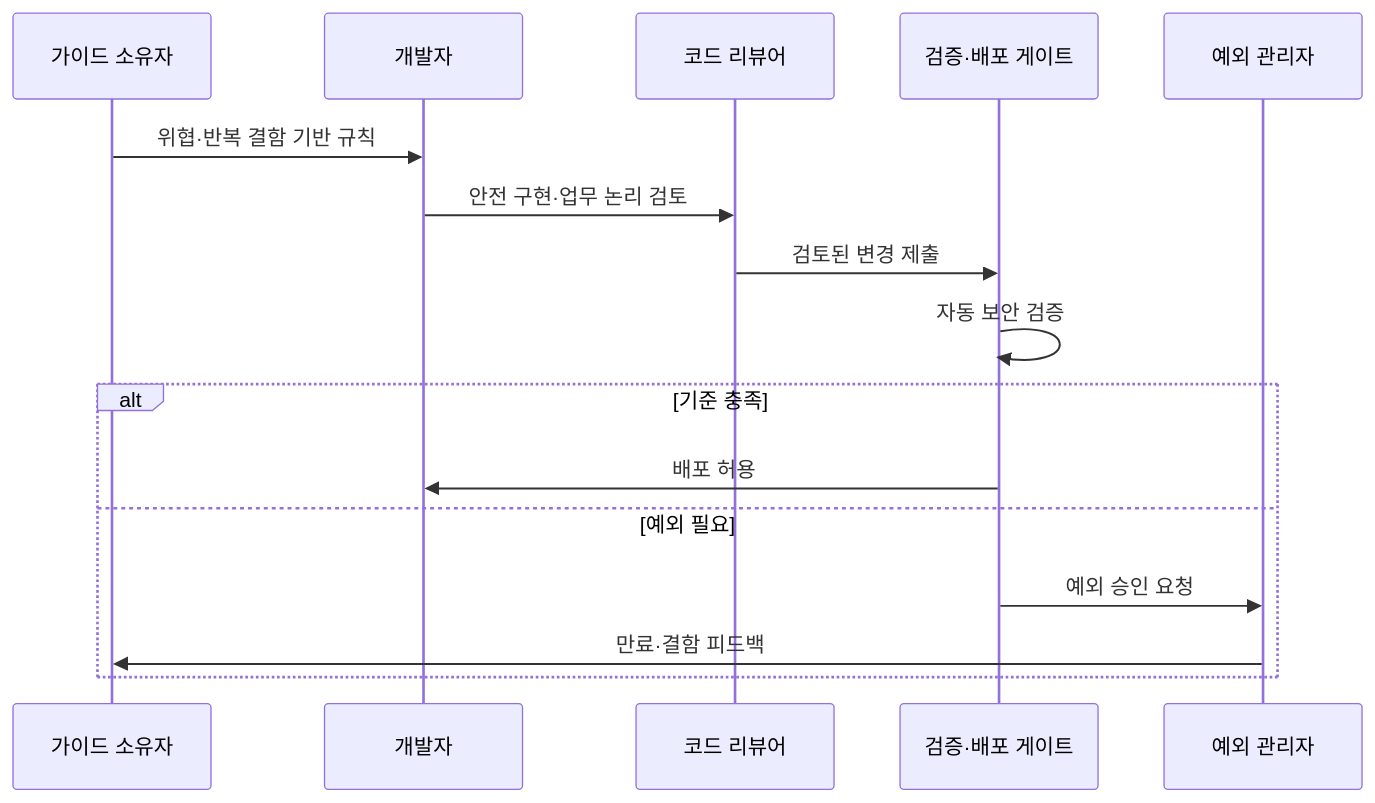
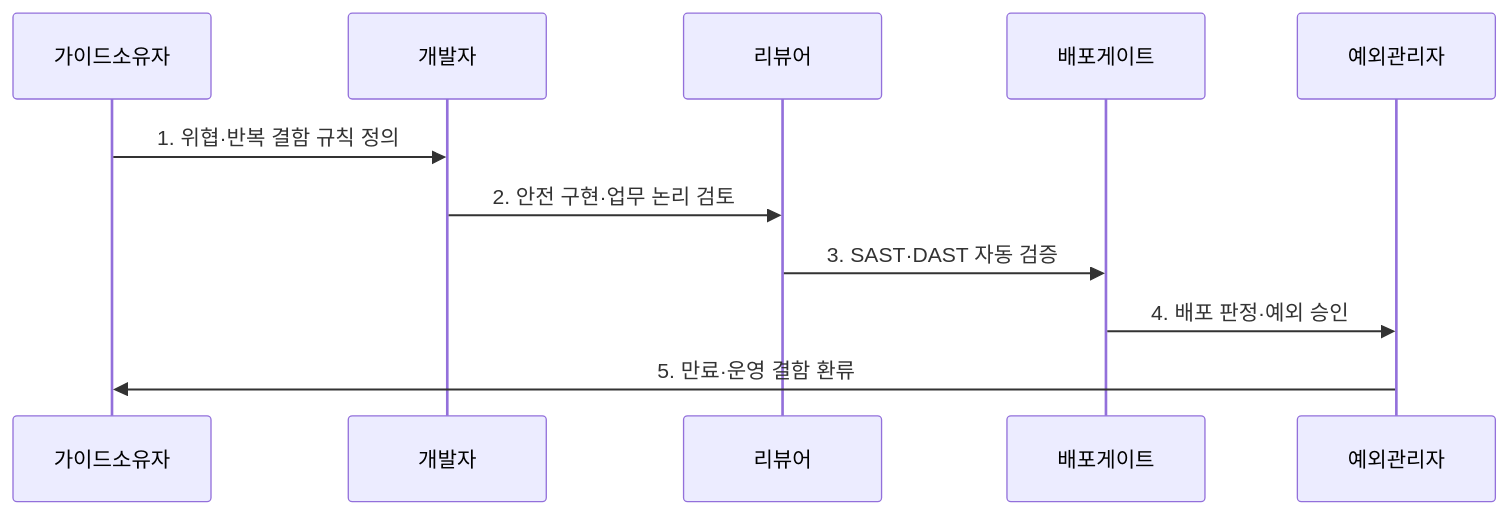
The second of 2 diagrams in src/content/docs/notes/05-security/051_secure_coding.md (agnusdei1207/knowledge-base), drawn with Mermaid before and after one commit. The commit also changed other lines of this file and 11 other files, not shown here.

````diff
--- a/src/content/docs/notes/05-security/051_secure_coding.md
+++ b/src/content/docs/notes/05-security/051_secure_coding.md
@@ -87,18 +81,13 @@
 ```mermaid
 sequenceDiagram
-    participant O as 가이드 소유자
-    participant D as 개발자
-    participant R as 코드 리뷰어
-    participant G as 검증·배포 게이트
-    participant E as 예외 관리자
-    O->>D: 위협·반복 결함 기반 규칙
-    D->>R: 안전 구현·업무 논리 검토
-    R->>G: 검토된 변경 제출
-    G->>G: 자동 보안 검증
-    alt 기준 충족
-        G->>D: 배포 허용
-    else 예외 필요
-        G->>E: 예외 승인 요청
-        E->>O: 만료·결함 피드백
-    end
+    participant 가이드소유자
+    participant 개발자
+    participant 리뷰어
+    participant 배포게이트
+    participant 예외관리자
+    가이드소유자->>개발자: 1. 위협·반복 결함 규칙 정의
+    개발자->>리뷰어: 2. 안전 구현·업무 논리 검토
+    리뷰어->>배포게이트: 3. SAST·DAST 자동 검증
+    배포게이트->>예외관리자: 4. 배포 판정·예외 승인
+    예외관리자->>가이드소유자: 5. 만료·운영 결함 환류
 ```
````
